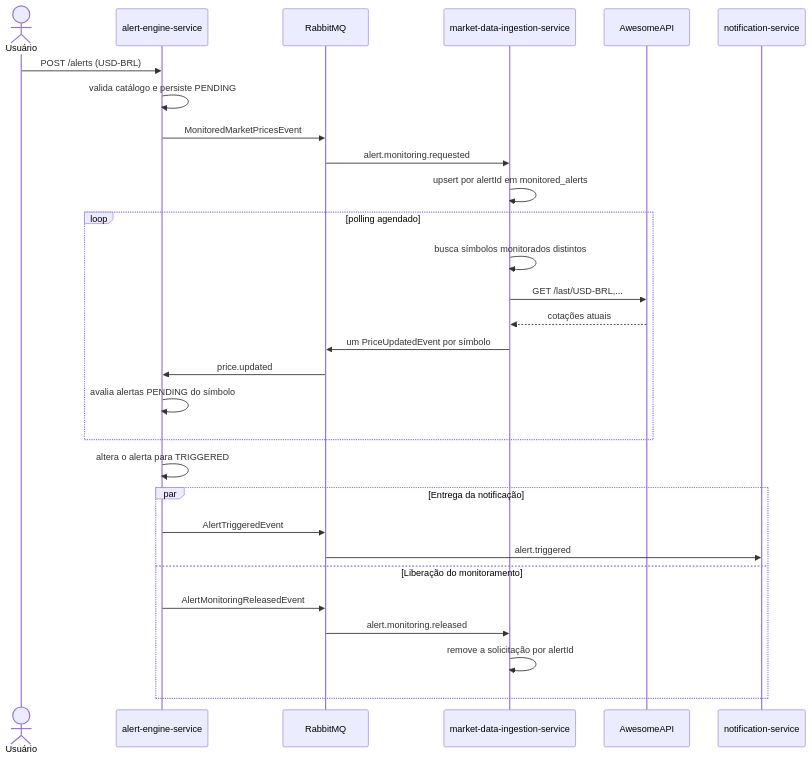
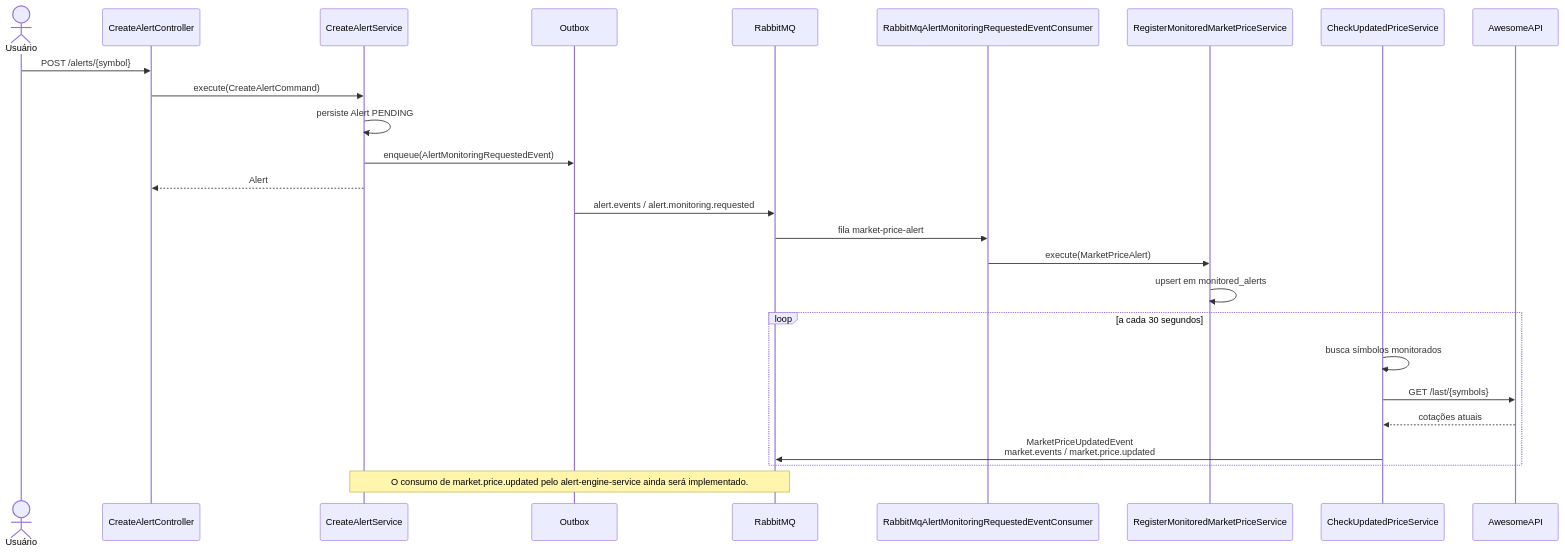
The second of 2 diagrams in _docs/finalert-architecture.md (andrestamatto/finalert), drawn with Mermaid before and after one commit. The commit also changed other lines of this file, not shown here.

Commit message:
docs(architecture): update event-driven service flows

````diff
--- a/_docs/finalert-architecture.md
+++ b/_docs/finalert-architecture.md
@@ -41,34 +38,31 @@
 ```mermaid
 sequenceDiagram
     actor U as Usuário
-    participant AE as alert-engine-service
+    participant C as CreateAlertController
+    participant CAS as CreateAlertService
+    participant O as Outbox
     participant R as RabbitMQ
-    participant MD as market-data-ingestion-service
+    participant RC as RabbitMqAlertMonitoringRequestedEventConsumer
+    participant RMS as RegisterMonitoredMarketPriceService
+    participant CPS as CheckUpdatedPriceService
     participant API as AwesomeAPI
-    participant N as notification-service
 
-    U->>AE: POST /alerts (USD-BRL)
-    AE->>AE: valida catálogo e persiste PENDING
-    AE->>R: MonitoredMarketPricesEvent
-    R->>MD: alert.monitoring.requested
-    MD->>MD: upsert por alertId em monitored_alerts
+    U->>C: POST /alerts/{symbol}
+    C->>CAS: execute(CreateAlertCommand)
+    CAS->>CAS: persiste Alert PENDING
+    CAS->>O: enqueue(AlertMonitoringRequestedEvent)
+    CAS-->>C: Alert
+    O->>R: alert.events / alert.monitoring.requested
+    R->>RC: fila market-price-alert
+    RC->>RMS: execute(MarketPriceAlert)
+    RMS->>RMS: upsert em monitored_alerts
 
-    loop polling agendado
-        MD->>MD: busca símbolos monitorados distintos
-        MD->>API: GET /last/USD-BRL,...
-        API-->>MD: cotações atuais
-        MD->>R: um PriceUpdatedEvent por símbolo
-        R->>AE: price.updated
-        AE->>AE: avalia alertas PENDING do símbolo
+    loop a cada 30 segundos
+        CPS->>CPS: busca símbolos monitorados
+        CPS->>API: GET /last/{symbols}
+        API-->>CPS: cotações atuais
+        CPS->>R: MarketPriceUpdatedEvent<br/>market.events / market.price.updated
     end
 
-    AE->>AE: altera o alerta para TRIGGERED
-    par Entrega da notificação
-        AE->>R: AlertTriggeredEvent
-        R->>N: alert.triggered
-    and Liberação do monitoramento
-        AE->>R: AlertMonitoringReleasedEvent
-        R->>MD: alert.monitoring.released
-        MD->>MD: remove a solicitação por alertId
-    end
+    Note over R,CAS: O consumo de market.price.updated pelo alert-engine-service ainda será implementado.
 ```
````
